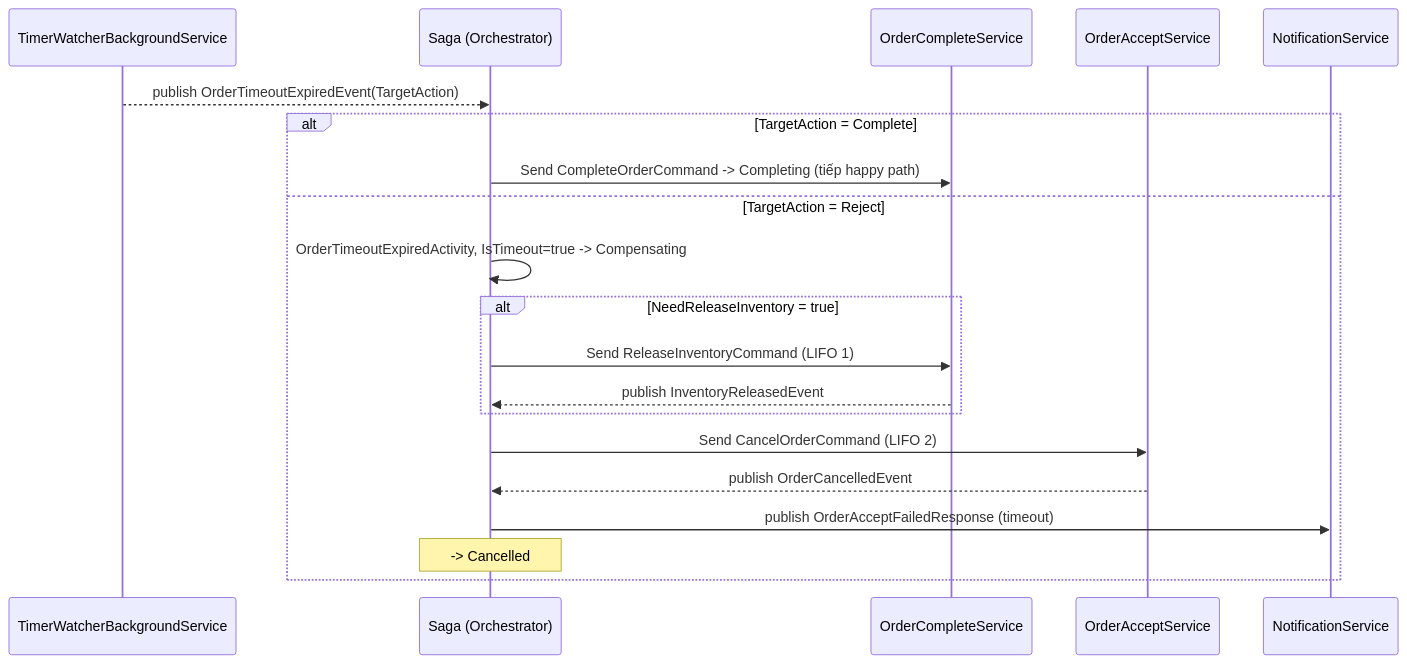
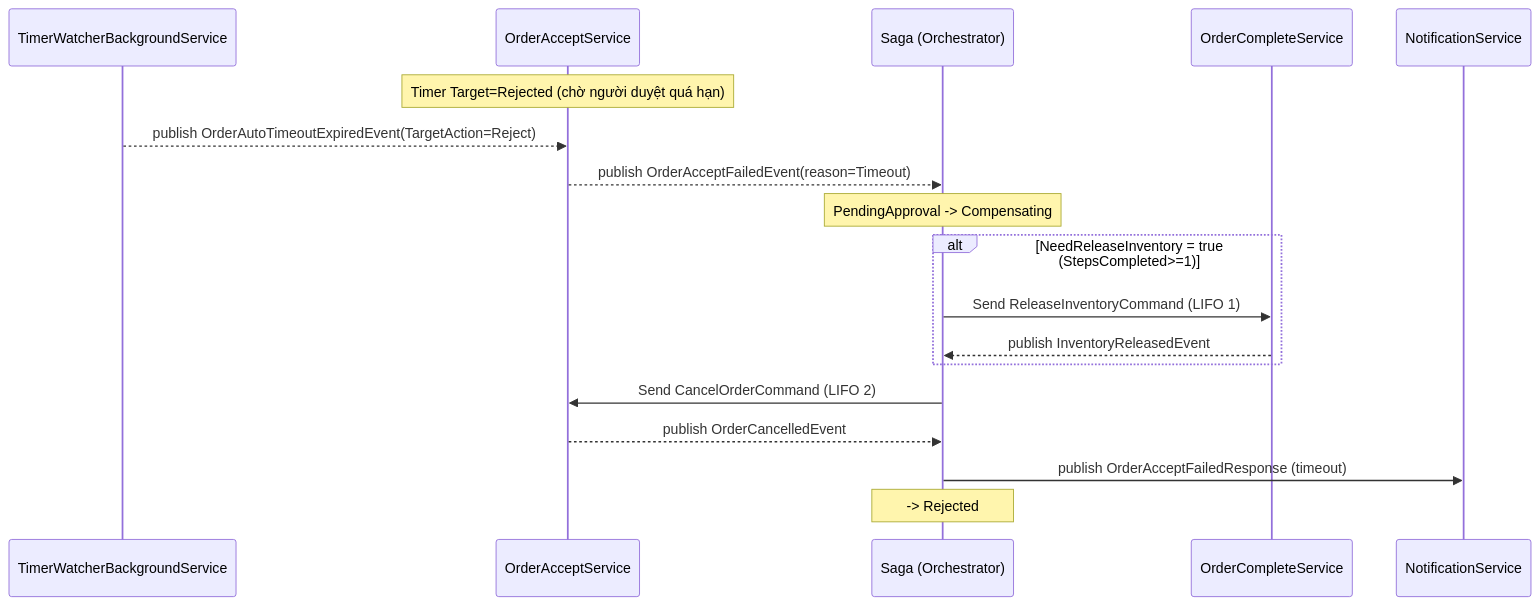
One commit to NgPhucs2375/Saga-MAT changed the third of 4 diagrams in Saga-flow.md. Above: the diagram before and after it, drawn with Mermaid. The commit also changed other lines of this file and 115 other files, not shown here.

````diff
--- a/Saga-flow.md
+++ b/Saga-flow.md
@@ -49,23 +53,21 @@
 ```mermaid
 sequenceDiagram
     participant TW as TimerWatcherBackgroundService
+    participant Acc as OrderAcceptService
     participant S as Saga (Orchestrator)
     participant Com as OrderCompleteService
-    participant Acc as OrderAcceptService
     participant Noti as NotificationService
 
-    TW-->>S: publish OrderTimeoutExpiredEvent(TargetAction)
-    alt TargetAction = Complete
-        S->>Com: Send CompleteOrderCommand -> Completing (tiếp happy path)
-    else TargetAction = Reject
-        S->>S: OrderTimeoutExpiredActivity, IsTimeout=true -> Compensating
-        alt NeedReleaseInventory = true
-            S->>Com: Send ReleaseInventoryCommand (LIFO 1)
-            Com-->>S: publish InventoryReleasedEvent
-        end
-        S->>Acc: Send CancelOrderCommand (LIFO 2)
-        Acc-->>S: publish OrderCancelledEvent
-        S->>Noti: publish OrderAcceptFailedResponse (timeout)
-        Note over S: -> Cancelled
+    Note over Acc: Timer Target=Rejected (chờ người duyệt quá hạn)
+    TW-->>Acc: publish OrderAutoTimeoutExpiredEvent(TargetAction=Reject)
+    Acc-->>S: publish OrderAcceptFailedEvent(reason=Timeout)
+    Note over S: PendingApproval -> Compensating
+    alt NeedReleaseInventory = true (StepsCompleted>=1)
+        S->>Com: Send ReleaseInventoryCommand (LIFO 1)
+        Com-->>S: publish InventoryReleasedEvent
     end
+    S->>Acc: Send CancelOrderCommand (LIFO 2)
+    Acc-->>S: publish OrderCancelledEvent
+    S->>Noti: publish OrderAcceptFailedResponse (timeout)
+    Note over S: -> Rejected
 ```
````
